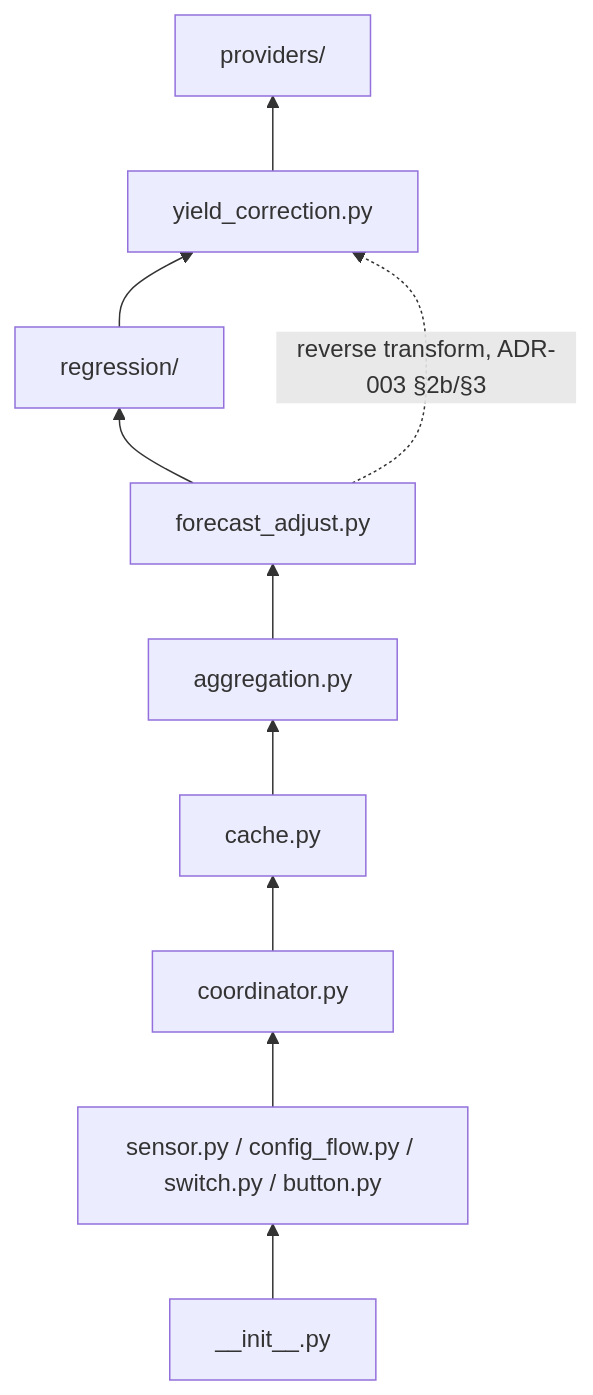
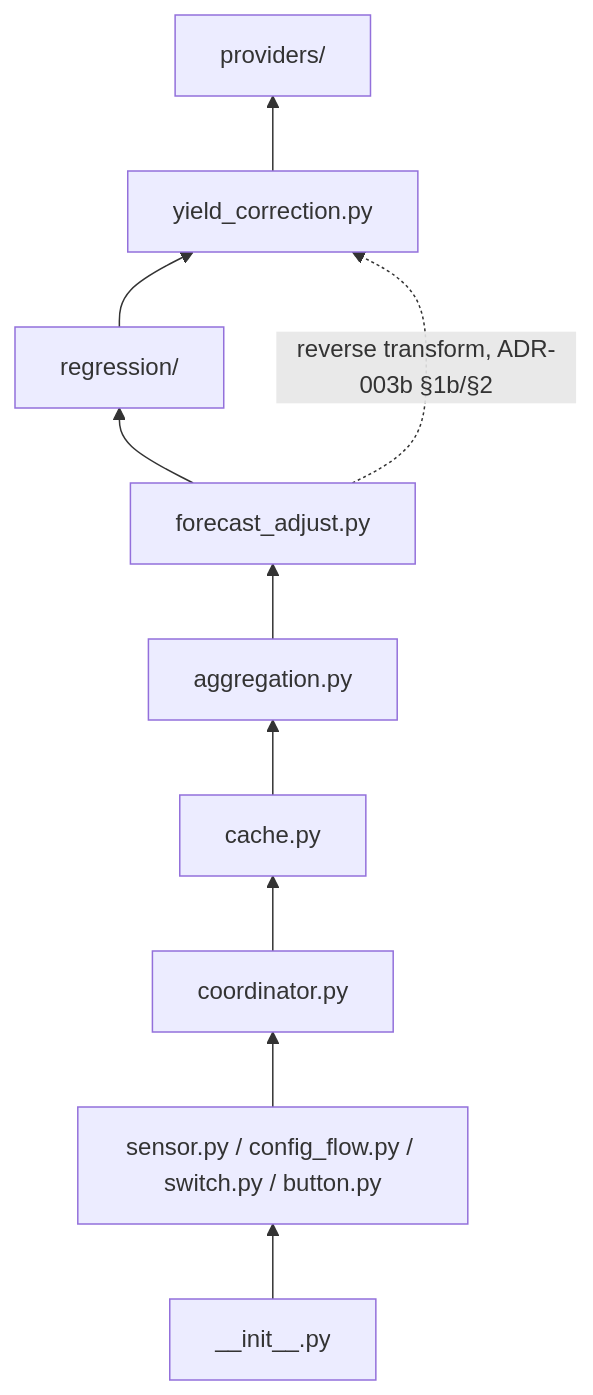
Before and after one commit to eschnepel/shady: the diagram in adr/000-coding-standards.md, drawn with Mermaid. The commit also changed other lines of this file and 14 other files, not shown here.

Commit message:
added ADR for provider architecture

````diff
--- a/adr/000-coding-standards.md
+++ b/adr/000-coding-standards.md
@@ -80,22 +80,22 @@
 ```mermaid
 flowchart BT
     providers["providers/"]
     yield_correction["yield_correction.py"]
     regression["regression/"]
     forecast_adjust["forecast_adjust.py"]
     aggregation["aggregation.py"]
     cache["cache.py"]
     coordinator["coordinator.py"]
     entity_glue["sensor.py / config_flow.py / switch.py / button.py"]
     init["__init__.py"]
 
     yield_correction --> providers
     regression --> yield_correction
     forecast_adjust --> regression
     aggregation --> forecast_adjust
     cache --> aggregation
     coordinator --> cache
     entity_glue --> coordinator
     init --> entity_glue
-    forecast_adjust -.->|"reverse transform, ADR-003 §2b/§3"| yield_correction
+    forecast_adjust -.->|"reverse transform, ADR-003b §1b/§2"| yield_correction
 ```
````
